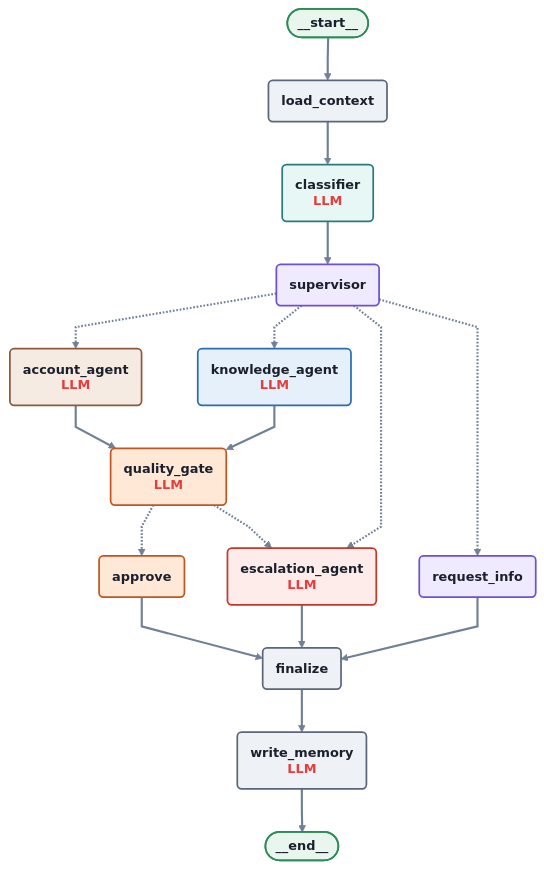
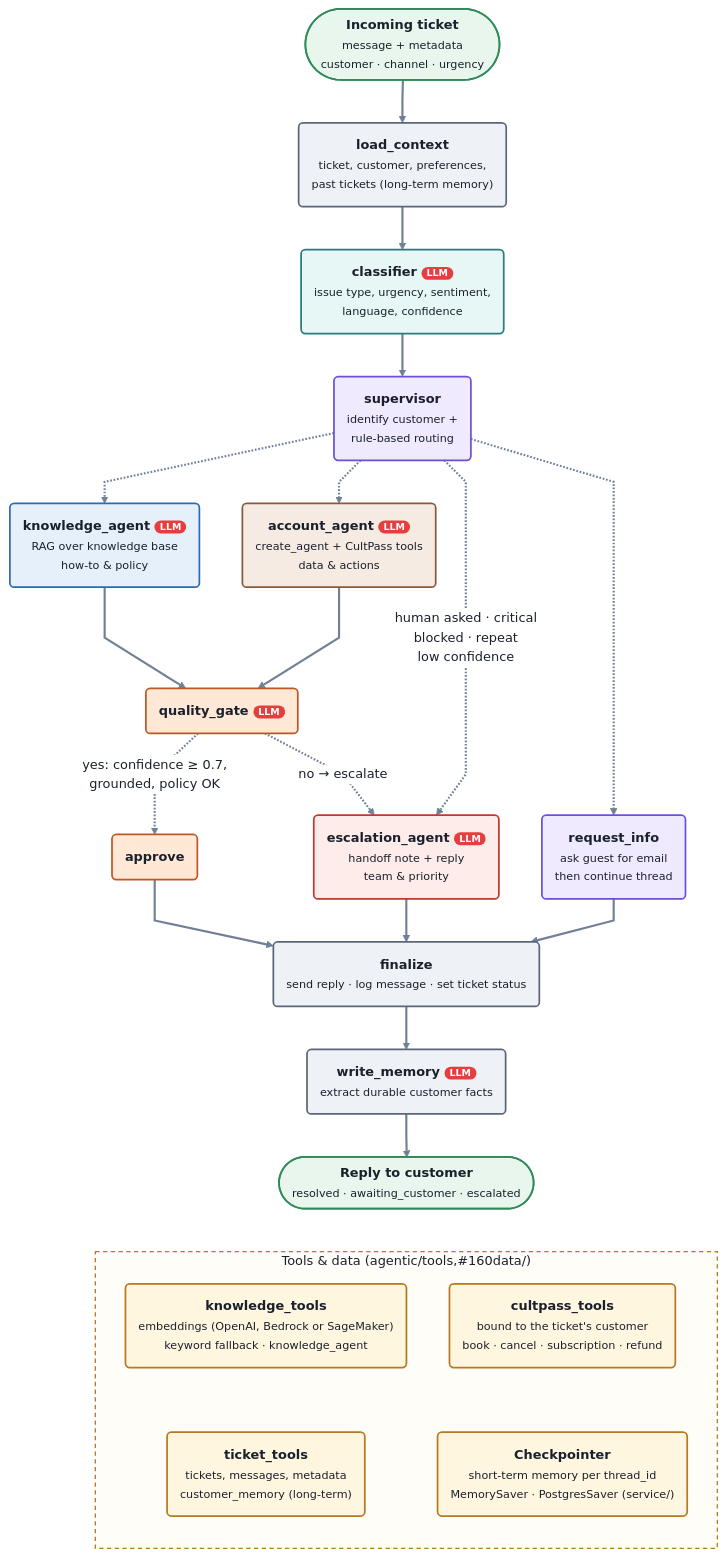
The diagram in solution/agentic/design/workflow_graph.mmd (manish5593/uda-hub-multi-agent-bedrock), drawn with Mermaid before and after one commit. The commit also changed 1 other file, not shown here.

Commit message:
Make the Mermaid workflow diagram readable in dark-theme previews
Rewrite workflow_graph.mmd as a hand-written copy of architecture.svg
(same layout, descriptions, route labels, tools panel and colours, with
LLM badges), and set the label text colour inline so dark editor themes
cannot wash it out. Update the README entry to match.

```diff
--- a/solution/agentic/design/workflow_graph.mmd
+++ b/solution/agentic/design/workflow_graph.mmd
@@ -1,62 +1,82 @@
 ---
 config:
   theme: base
   themeVariables:
     primaryTextColor: "#1a202c"
     secondaryTextColor: "#1a202c"
     tertiaryTextColor: "#1a202c"
     textColor: "#1a202c"
     nodeTextColor: "#1a202c"
     lineColor: "#718096"
+    edgeLabelBackground: "#ffffff"
     fontSize: "15px"
   flowchart:
     curve: linear
+    wrappingWidth: 400
 ---
-graph TD;
-	__start__([<p>__start__</p>]):::first
-	load_context(load_context)
-	classifier("classifier<br/><b style='color:#e53e3e'>LLM</b>")
-	supervisor(supervisor)
-	knowledge_agent("knowledge_agent<br/><b style='color:#e53e3e'>LLM</b>")
-	account_agent("account_agent<br/><b style='color:#e53e3e'>LLM</b>")
-	quality_gate("quality_gate<br/><b style='color:#e53e3e'>LLM</b>")
-	approve(approve)
-	escalation_agent("escalation_agent<br/><b style='color:#e53e3e'>LLM</b>")
-	request_info(request_info)
-	finalize(finalize)
-	write_memory("write_memory<br/><b style='color:#e53e3e'>LLM</b>")
-	__end__([<p>__end__</p>]):::last
-	__start__ --> load_context;
-	account_agent --> quality_gate;
-	approve --> finalize;
-	classifier --> supervisor;
-	escalation_agent --> finalize;
-	finalize --> write_memory;
-	knowledge_agent --> quality_gate;
-	load_context --> classifier;
-	quality_gate -.-> approve;
-	quality_gate -.-> escalation_agent;
-	request_info --> finalize;
-	supervisor -.-> account_agent;
-	supervisor -.-> escalation_agent;
-	supervisor -.-> knowledge_agent;
-	supervisor -.-> request_info;
-	write_memory --> __end__;
-	classDef default fill:#eef1f5,stroke:#5b6779,stroke-width:2px,color:#1a202c,font-weight:bold,font-size:15px,line-height:1.2
-	classDef first fill:#e8f6ee,stroke:#2e8b57,stroke-width:2px,color:#1a202c,font-weight:bold,font-size:15px
-	classDef last fill:#e8f6ee,stroke:#2e8b57,stroke-width:2px,color:#1a202c,font-weight:bold,font-size:15px
-	classDef memory_agent fill:#eef1f5,stroke:#5b6779,stroke-width:2px,color:#1a202c,font-weight:bold,font-size:15px
-	classDef classifier fill:#e6f7f5,stroke:#2c7a7b,stroke-width:2px,color:#1a202c,font-weight:bold,font-size:15px
-	classDef supervisor fill:#efeafe,stroke:#6d4fd8,stroke-width:2px,color:#1a202c,font-weight:bold,font-size:15px
-	classDef knowledge_agent fill:#e6f0fb,stroke:#2b6cb0,stroke-width:2px,color:#1a202c,font-weight:bold,font-size:15px
-	classDef account_agent fill:#f5ebe3,stroke:#8b5a3c,stroke-width:2px,color:#1a202c,font-weight:bold,font-size:15px
-	classDef quality_gate fill:#ffe8d6,stroke:#c05621,stroke-width:2px,color:#1a202c,font-weight:bold,font-size:15px
-	classDef escalation_agent fill:#fdecea,stroke:#c0392b,stroke-width:2px,color:#1a202c,font-weight:bold,font-size:15px
-	class load_context,finalize,write_memory memory_agent
-	class classifier classifier
-	class supervisor,request_info supervisor
-	class knowledge_agent knowledge_agent
-	class account_agent account_agent
-	class quality_gate,approve quality_gate
-	class escalation_agent escalation_agent
-	linkStyle default stroke:#718096,stroke-width:2.5px
+%% UDA-Hub agent workflow: the same graph, layout, labels and colours as architecture.svg.
+%% Hand-written. The nodes and edges match agentic/workflow.py; check them against
+%% orchestrator.get_graph().draw_mermaid() when the graph changes.
+flowchart TD
+    IN(["<span style='color:rgb(26,32,44)'>Incoming ticket<br/><small style='font-weight:normal;font-size:13px'>message + metadata<br/>customer · channel · urgency</small></span>"])
+    load_context("<span style='color:rgb(26,32,44)'>load_context<br/><small style='font-weight:normal;font-size:13px'>ticket, customer, preferences,<br/>past tickets (long-term memory)</small></span>")
+    classifier("<span style='color:rgb(26,32,44)'>classifier <b style='color:rgb(255,255,255);background-color:rgb(229,62,62);border-radius:8px;padding:1px 6px;font-size:11px'>LLM</b><br/><small style='font-weight:normal;font-size:13px'>issue type, urgency, sentiment,<br/>language, confidence</small></span>")
+    supervisor("<span style='color:rgb(26,32,44)'>supervisor<br/><small style='font-weight:normal;font-size:13px'>identify customer +<br/>rule-based routing</small></span>")
+    knowledge_agent("<span style='color:rgb(26,32,44)'>knowledge_agent <b style='color:rgb(255,255,255);background-color:rgb(229,62,62);border-radius:8px;padding:1px 6px;font-size:11px'>LLM</b><br/><small style='font-weight:normal;font-size:13px'>RAG over knowledge base<br/>how-to &amp; policy</small></span>")
+    account_agent("<span style='color:rgb(26,32,44)'>account_agent <b style='color:rgb(255,255,255);background-color:rgb(229,62,62);border-radius:8px;padding:1px 6px;font-size:11px'>LLM</b><br/><small style='font-weight:normal;font-size:13px'>create_agent + CultPass tools<br/>data &amp; actions</small></span>")
+    escalation_agent("<span style='color:rgb(26,32,44)'>escalation_agent <b style='color:rgb(255,255,255);background-color:rgb(229,62,62);border-radius:8px;padding:1px 6px;font-size:11px'>LLM</b><br/><small style='font-weight:normal;font-size:13px'>handoff note + reply<br/>team &amp; priority</small></span>")
+    request_info("<span style='color:rgb(26,32,44)'>request_info<br/><small style='font-weight:normal;font-size:13px'>ask guest for email<br/>then continue thread</small></span>")
+    quality_gate("<span style='color:rgb(26,32,44)'>quality_gate <b style='color:rgb(255,255,255);background-color:rgb(229,62,62);border-radius:8px;padding:1px 6px;font-size:11px'>LLM</b></span>")
+    approve("<span style='color:rgb(26,32,44)'>approve</span>")
+    finalize("<span style='color:rgb(26,32,44)'>finalize<br/><small style='font-weight:normal;font-size:13px'>send reply · log message · set ticket status</small></span>")
+    write_memory("<span style='color:rgb(26,32,44)'>write_memory <b style='color:rgb(255,255,255);background-color:rgb(229,62,62);border-radius:8px;padding:1px 6px;font-size:11px'>LLM</b><br/><small style='font-weight:normal;font-size:13px'>extract durable customer facts</small></span>")
+    OUT(["<span style='color:rgb(26,32,44)'>Reply to customer<br/><small style='font-weight:normal;font-size:13px'>resolved · awaiting_customer · escalated</small></span>"])
+
+    IN --> load_context --> classifier --> supervisor
+    supervisor -.-> knowledge_agent
+    supervisor -.-> account_agent
+    supervisor -.->|"<span style='color:rgb(26,32,44)'>human asked · critical<br/>blocked · repeat<br/>low confidence</span>"| escalation_agent
+    supervisor -.-> request_info
+    knowledge_agent --> quality_gate
+    account_agent --> quality_gate
+    quality_gate -.->|"<span style='color:rgb(26,32,44)'>yes: confidence ≥ 0.7,<br/>grounded, policy OK</span>"| approve
+    quality_gate -.->|"<span style='color:rgb(26,32,44)'>no → escalate</span>"| escalation_agent
+    approve --> finalize
+    escalation_agent --> finalize
+    request_info --> finalize
+    finalize --> write_memory --> OUT
+
+    subgraph TOOLS ["<span style='color:rgb(26,32,44)'>Tools#160;&#160;data#160;(agentic/tools,#160;data/)</span>"]
+        direction TB
+        knowledge_tools("<span style='color:rgb(26,32,44)'>knowledge_tools<br/><small style='font-weight:normal;font-size:13px'>embeddings (OpenAI, Bedrock or SageMaker)<br/>keyword fallback · knowledge_agent</small></span>")
+        cultpass_tools("<span style='color:rgb(26,32,44)'>cultpass_tools<br/><small style='font-weight:normal;font-size:13px'>bound to the ticket's customer<br/>book · cancel · subscription · refund</small></span>")
+        ticket_tools("<span style='color:rgb(26,32,44)'>ticket_tools<br/><small style='font-weight:normal;font-size:13px'>tickets, messages, metadata<br/>customer_memory (long-term)</small></span>")
+        checkpointer("<span style='color:rgb(26,32,44)'>Checkpointer<br/><small style='font-weight:normal;font-size:13px'>short-term memory per thread_id<br/>MemorySaver · PostgresSaver (service/)</small></span>")
+        knowledge_tools ~~~ ticket_tools
+        cultpass_tools ~~~ checkpointer
+    end
+    OUT ~~~ TOOLS
+
+    classDef default fill:#eef1f5,stroke:#5b6779,stroke-width:2px,color:#1a202c,font-weight:bold,font-size:15px
+    classDef customer fill:#e8f6ee,stroke:#2e8b57,stroke-width:2px,color:#1a202c,font-weight:bold,font-size:15px
+    classDef tools fill:#fff6e0,stroke:#b7791f,stroke-width:2px,color:#1a202c,font-weight:bold,font-size:15px
+    classDef memory_agent fill:#eef1f5,stroke:#5b6779,stroke-width:2px,color:#1a202c,font-weight:bold,font-size:15px
+    classDef classifier fill:#e6f7f5,stroke:#2c7a7b,stroke-width:2px,color:#1a202c,font-weight:bold,font-size:15px
+    classDef supervisor fill:#efeafe,stroke:#6d4fd8,stroke-width:2px,color:#1a202c,font-weight:bold,font-size:15px
+    classDef knowledge_agent fill:#e6f0fb,stroke:#2b6cb0,stroke-width:2px,color:#1a202c,font-weight:bold,font-size:15px
+    classDef account_agent fill:#f5ebe3,stroke:#8b5a3c,stroke-width:2px,color:#1a202c,font-weight:bold,font-size:15px
+    classDef quality_gate fill:#ffe8d6,stroke:#c05621,stroke-width:2px,color:#1a202c,font-weight:bold,font-size:15px
+    classDef escalation_agent fill:#fdecea,stroke:#c0392b,stroke-width:2px,color:#1a202c,font-weight:bold,font-size:15px
+    class IN,OUT customer
+    class knowledge_tools,cultpass_tools,ticket_tools,checkpointer tools
+    class load_context,finalize,write_memory memory_agent
+    class classifier classifier
+    class supervisor,request_info supervisor
+    class knowledge_agent knowledge_agent
+    class account_agent account_agent
+    class quality_gate,approve quality_gate
+    class escalation_agent escalation_agent
+    style TOOLS fill:#fffdf7,stroke:#b7791f,stroke-width:1.5px,stroke-dasharray:5 4,color:#1a202c
+    linkStyle default stroke:#718096,stroke-width:2.5px
+    %% links 16-18 only position the tools panel (two by two, below the reply): keep them invisible
+    linkStyle 16,17,18 stroke:none
```
